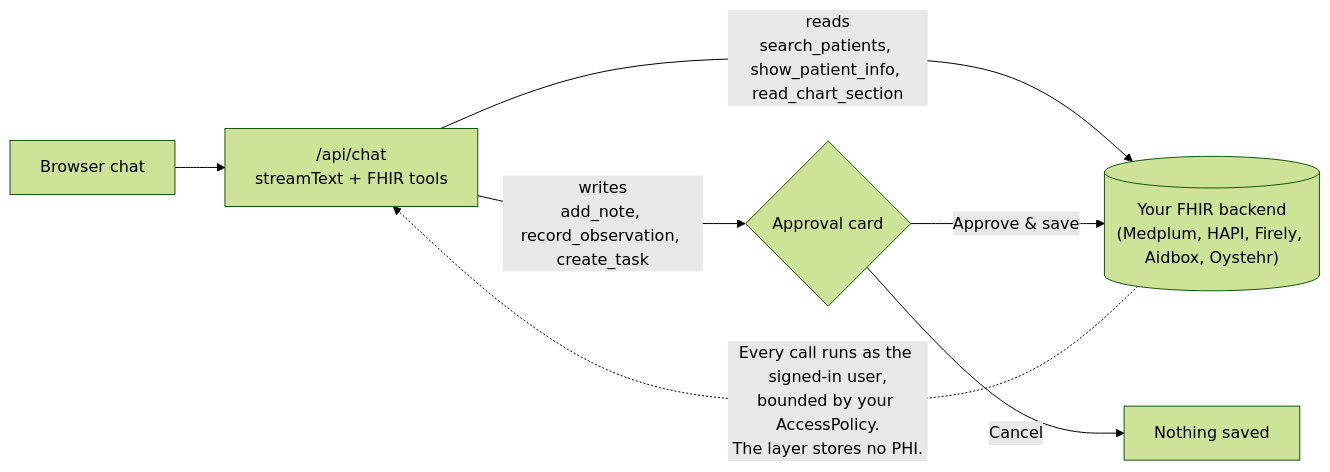
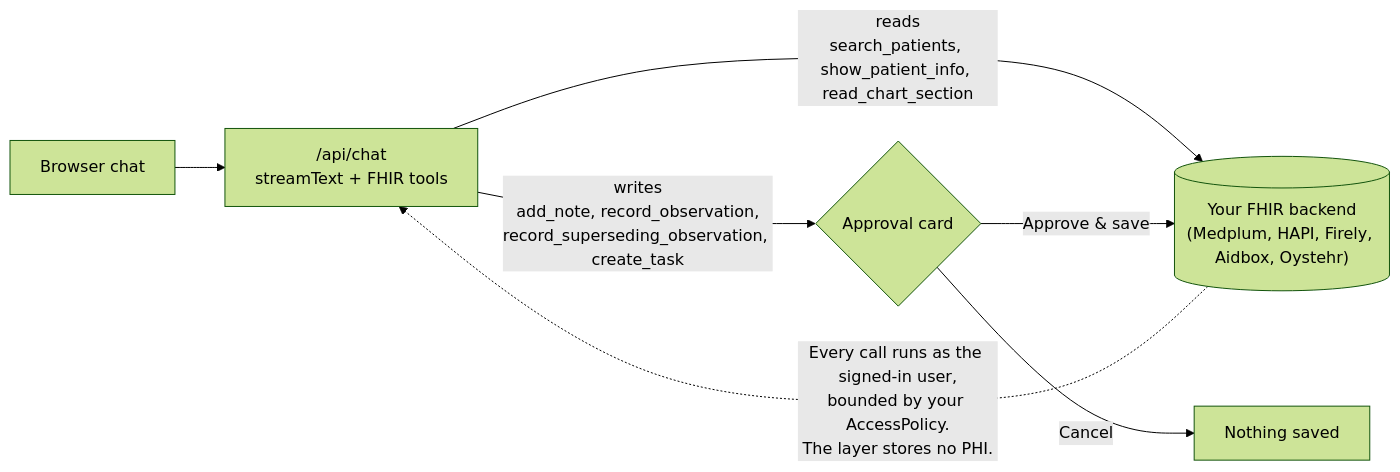
One commit to cbetz/last-ehr changed the diagram in README.md. Above: the diagram before and after it, drawn with Mermaid (forest theme). The commit also changed 4 other files, not shown here.

````diff
--- a/README.md
+++ b/README.md
@@ -107,9 +107,9 @@
 ```mermaid
 flowchart LR
     B["Browser chat"] --> A["/api/chat<br/>streamText + FHIR tools"]
     A -- "reads<br/>search_patients, show_patient_info, read_chart_section" --> M[("Your FHIR backend<br/>(Medplum, HAPI, Firely, Aidbox, Oystehr)")]
-    A -- "writes<br/>add_note, record_observation, create_task" --> C{"Approval card"}
+    A -- "writes<br/>add_note, record_observation,<br/>record_superseding_observation, create_task" --> C{"Approval card"}
     C -- "Approve & save" --> M
     C -- "Cancel" --> N["Nothing saved"]
     M -. "Every call runs as the signed-in user,<br/>bounded by your AccessPolicy.<br/>The layer stores no PHI." .-> A
 ```
````
